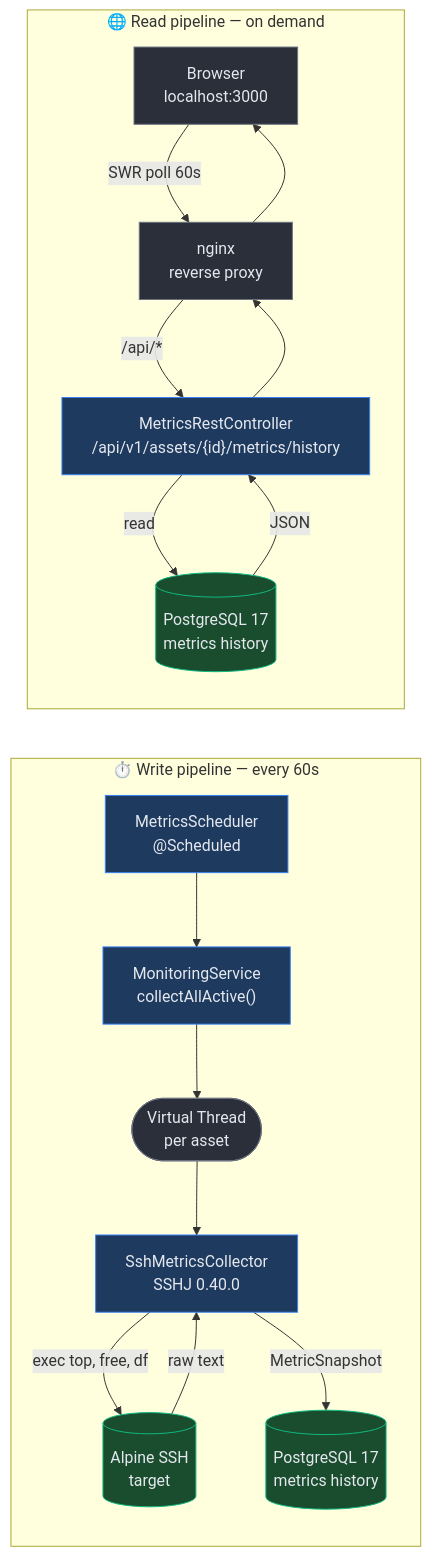
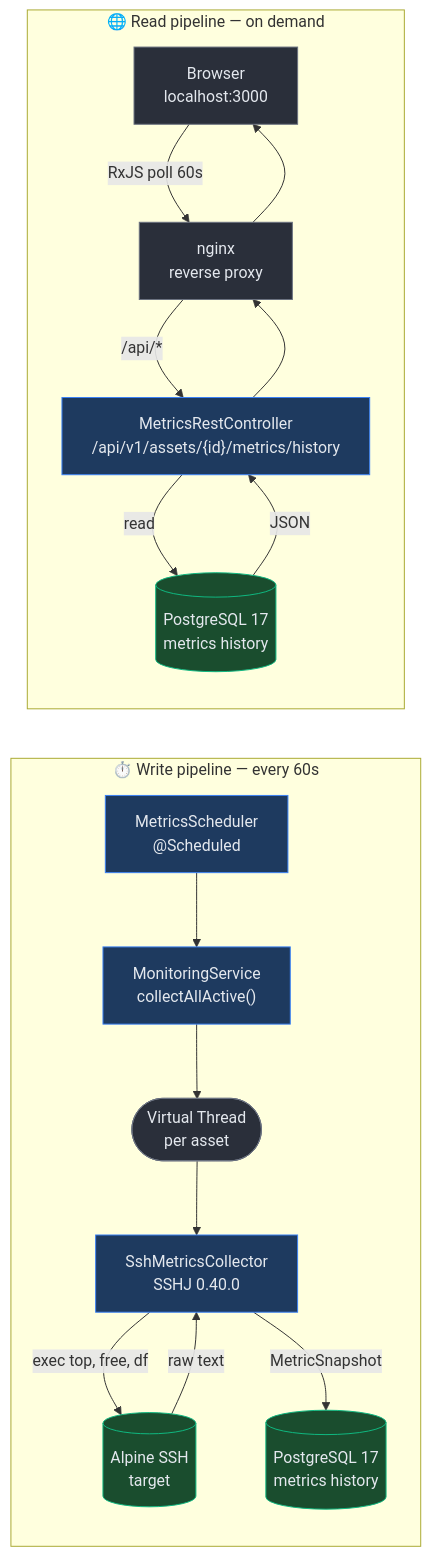
Before and after one commit to CodingAce99/infratrack: the second of 2 diagrams in README.md, drawn with Mermaid. The commit also changed other lines of this file and 43 other files, not shown here.

````diff
--- a/README.md
+++ b/README.md
@@ -111,43 +111,43 @@
 ```mermaid
 flowchart LR
     subgraph Write["⏱️ Write pipeline — every 60s"]
         Sched["MetricsScheduler<br/>@Scheduled"]
         MonSvc["MonitoringService<br/>collectAllActive()"]
         VT(["Virtual Thread<br/>per asset"])
         SSH["SshMetricsCollector<br/>SSHJ 0.40.0"]
         Alpine[("Alpine SSH<br/>target")]
         DB[("PostgreSQL 17<br/>metrics history")]
 
         Sched --> MonSvc
         MonSvc --> VT
         VT --> SSH
         SSH -->|exec top, free, df| Alpine
         Alpine -->|raw text| SSH
         SSH -->|MetricSnapshot| DB
     end
 
     subgraph Read["🌐 Read pipeline — on demand"]
         Browser["Browser<br/>localhost:3000"]
         Nginx["nginx<br/>reverse proxy"]
         REST["MetricsRestController<br/>/api/v1/assets/{id}/metrics/history"]
         DB2[("PostgreSQL 17<br/>metrics history")]
 
-        Browser -->|SWR poll 60s| Nginx
+        Browser -->|RxJS poll 60s| Nginx
         Nginx -->|/api/*| REST
         REST -->|read| DB2
         DB2 -->|JSON| REST
         REST --> Nginx
         Nginx --> Browser
     end
 
     style Sched fill:#1e3a5f,stroke:#3b82f6,color:#e4e8ee
     style MonSvc fill:#1e3a5f,stroke:#3b82f6,color:#e4e8ee
     style SSH fill:#1e3a5f,stroke:#3b82f6,color:#e4e8ee
     style REST fill:#1e3a5f,stroke:#3b82f6,color:#e4e8ee
     style DB fill:#1a4d2e,stroke:#10b981,color:#e4e8ee
     style DB2 fill:#1a4d2e,stroke:#10b981,color:#e4e8ee
     style Alpine fill:#1a4d2e,stroke:#10b981,color:#e4e8ee
     style VT fill:#2a2f3a,stroke:#6b7280,color:#e4e8ee
     style Nginx fill:#2a2f3a,stroke:#6b7280,color:#e4e8ee
     style Browser fill:#2a2f3a,stroke:#6b7280,color:#e4e8ee
 ```
````
